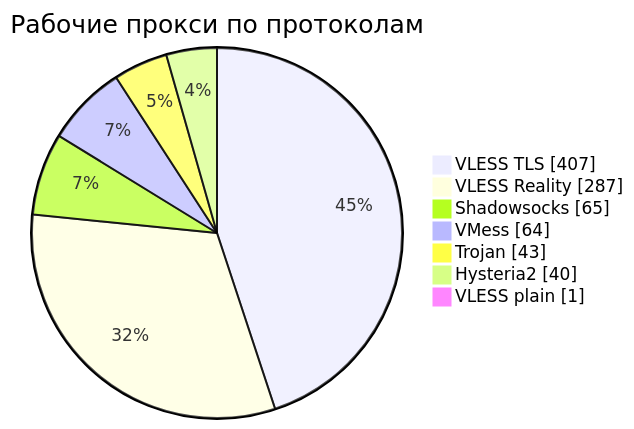
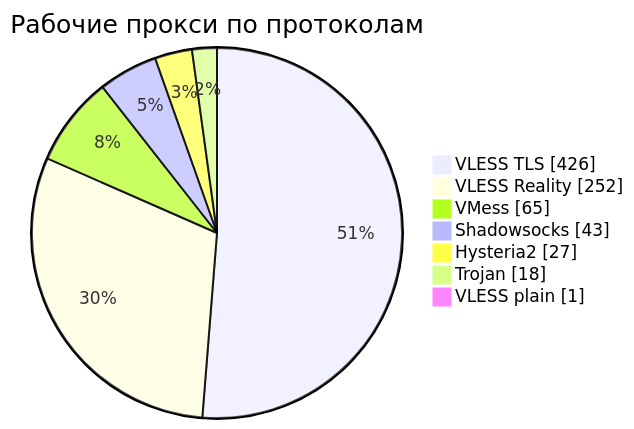
Before and after one commit to rvvg/proxy-subs: the third of 4 diagrams in README.md, drawn with Mermaid. The commit also changed other lines of this file and 56 other files, not shown here.

````diff
--- a/README.md
+++ b/README.md
@@ -140,11 +143,11 @@
 ```mermaid
 pie showData
     title Рабочие прокси по протоколам
-    "VLESS TLS" : 407
-    "VLESS Reality" : 287
-    "Shadowsocks" : 65
-    "VMess" : 64
-    "Trojan" : 43
-    "Hysteria2" : 40
+    "VLESS TLS" : 426
+    "VLESS Reality" : 252
+    "VMess" : 65
+    "Shadowsocks" : 43
+    "Hysteria2" : 27
+    "Trojan" : 18
     "VLESS plain" : 1
 ```
````
